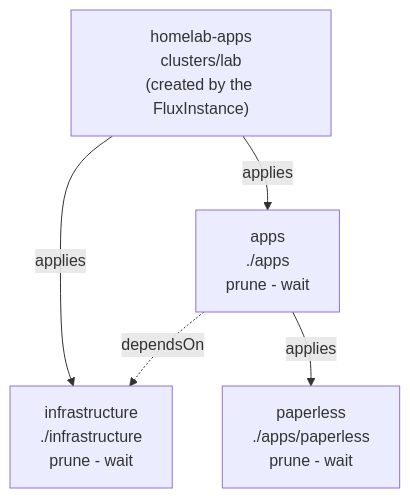
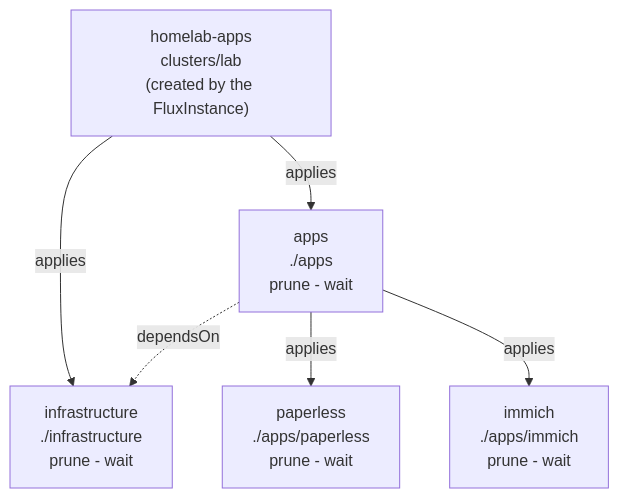
Before and after one commit to Sojamann/homelab-apps: the diagram in README.md, drawn with Mermaid. The commit also changed other lines of this file and 11 other files, not shown here.

````diff
--- a/README.md
+++ b/README.md
@@ -16,11 +16,12 @@
 ```mermaid
 graph TD
   ROOT["homelab-apps<br/>clusters/lab<br/>(created by the FluxInstance)"]
 
   ROOT -->|applies| INFRA["infrastructure<br/>./infrastructure<br/>prune - wait"]
   ROOT -->|applies| APPS["apps<br/>./apps<br/>prune - wait"]
 
   APPS -.->|dependsOn| INFRA
 
   APPS -->|applies| PL["paperless<br/>./apps/paperless<br/>prune - wait"]
+  APPS -->|applies| IM["immich<br/>./apps/immich<br/>prune - wait"]
 ```
````
